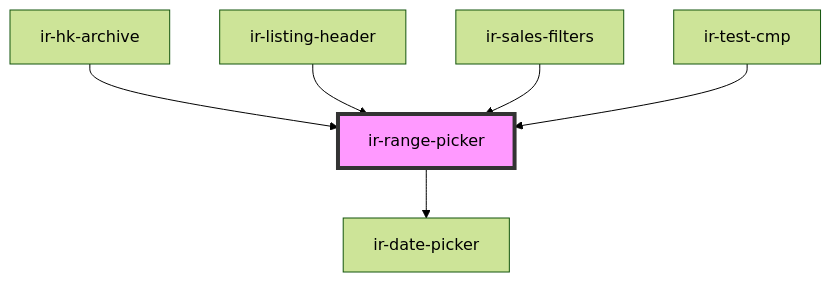
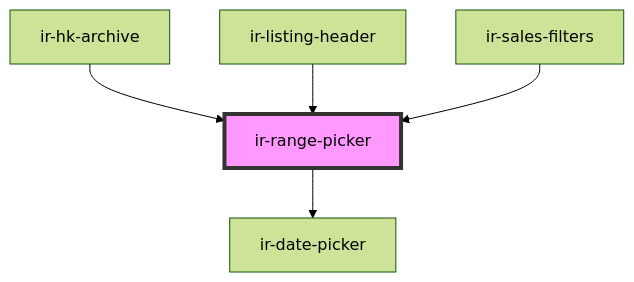
Before and after one commit to David1Chowaifaty/modified-ir-webcmp: the diagram in src/components/ir-housekeeping/ir-hk-tasks/ir-hk-archive/ir-range-picker/readme.md, drawn with Mermaid (forest theme). The commit also changed other lines of this file and 58 other files, not shown here.

````diff
--- a/src/components/ir-housekeeping/ir-hk-tasks/ir-hk-archive/ir-range-picker/readme.md
+++ b/src/components/ir-housekeeping/ir-hk-tasks/ir-hk-archive/ir-range-picker/readme.md
@@ -41,9 +40,8 @@
 ```mermaid
 graph TD;
   ir-range-picker --> ir-date-picker
   ir-hk-archive --> ir-range-picker
   ir-listing-header --> ir-range-picker
   ir-sales-filters --> ir-range-picker
-  ir-test-cmp --> ir-range-picker
   style ir-range-picker fill:#f9f,stroke:#333,stroke-width:4px
 ```
````
